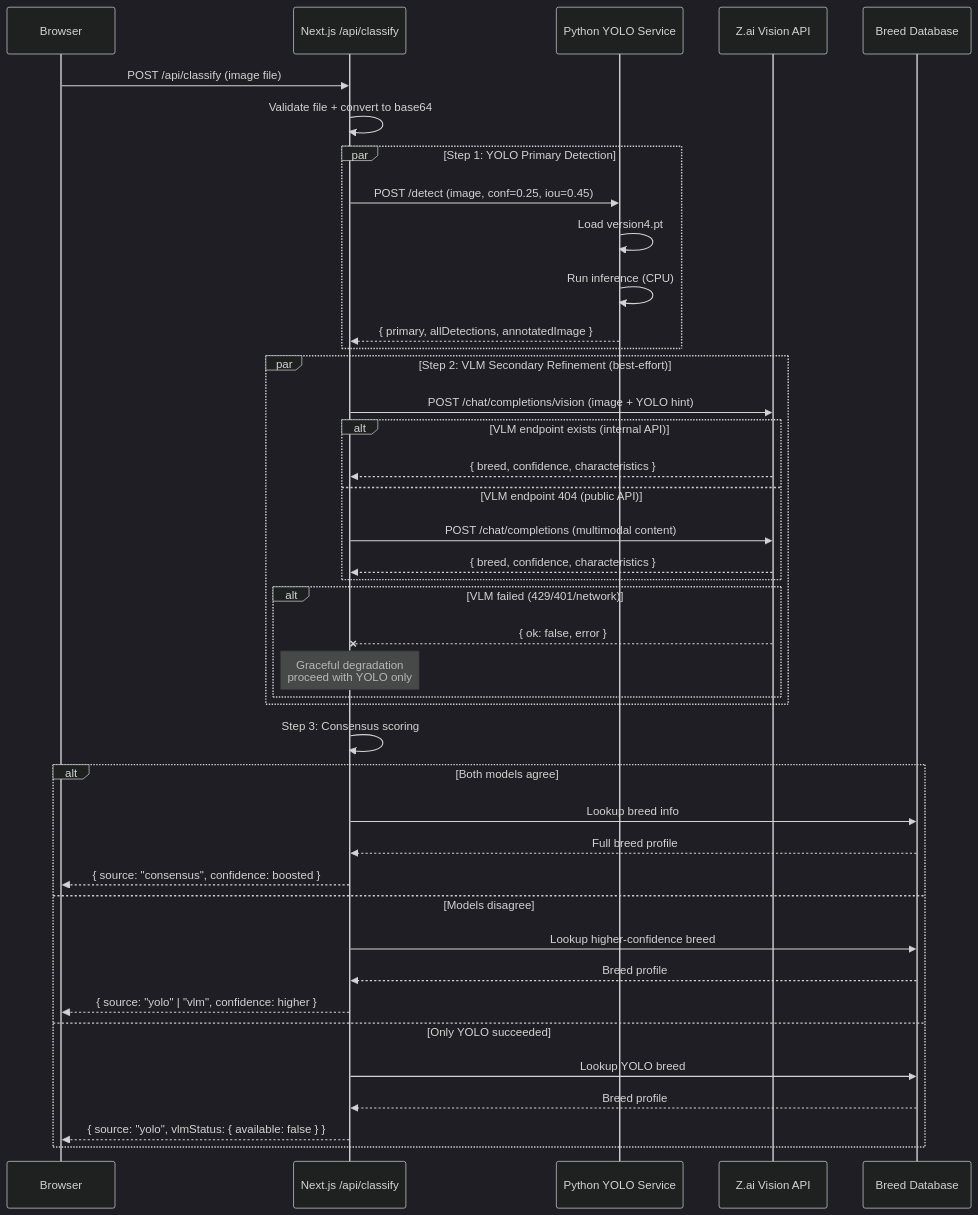
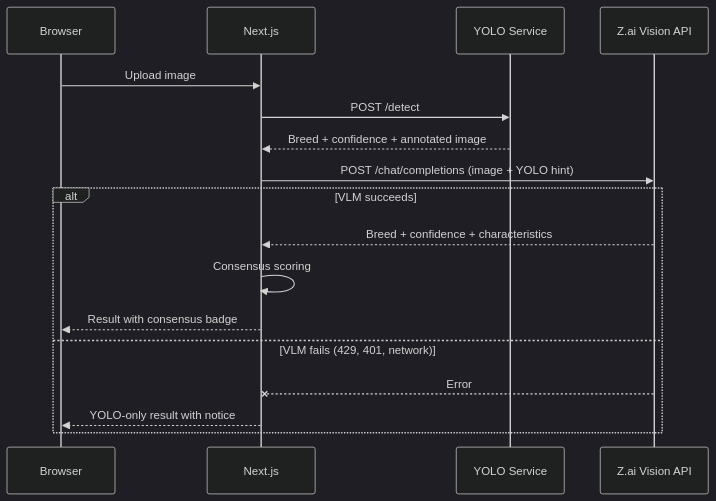
One commit to Git-me-Harish/CEEW changed the second of 5 diagrams in README.md. Above: the diagram before and after it, drawn with Mermaid (dark theme). The commit also changed other lines of this file, not shown here.

````diff
--- a/README.md
+++ b/README.md
@@ -202,47 +204,21 @@
 ```mermaid
 sequenceDiagram
-    participant User as Browser
-    participant Next as Next.js /api/classify
-    participant YOLO as Python YOLO Service
-    participant VLM as Z.ai Vision API
-    participant DB as Breed Database
+    participant U as Browser
+    participant N as Next.js
+    participant Y as YOLO Service
+    participant V as Z.ai Vision API
 
-    User->>Next: POST /api/classify (image file)
-    Next->>Next: Validate file + convert to base64
-    
-    par Step 1: YOLO Primary Detection
-        Next->>YOLO: POST /detect (image, conf=0.25, iou=0.45)
-        YOLO->>YOLO: Load version4.pt
-        YOLO->>YOLO: Run inference (CPU)
-        YOLO-->>Next: { primary, allDetections, annotatedImage }
-    end
-    
-    par Step 2: VLM Secondary Refinement (best-effort)
-        Next->>VLM: POST /chat/completions/vision (image + YOLO hint)
-        alt VLM endpoint exists (internal API)
-            VLM-->>Next: { breed, confidence, characteristics }
-        else VLM endpoint 404 (public API)
-            Next->>VLM: POST /chat/completions (multimodal content)
-            VLM-->>Next: { breed, confidence, characteristics }
-        end
-        alt VLM failed (429/401/network)
-            VLM--xNext: { ok: false, error }
-            Note over Next: Graceful degradation<br/>proceed with YOLO only
-        end
-    end
-    
-    Next->>Next: Step 3: Consensus scoring
-    alt Both models agree
-        Next->>DB: Lookup breed info
-        DB-->>Next: Full breed profile
-        Next-->>User: { source: "consensus", confidence: boosted }
-    else Models disagree
-        Next->>DB: Lookup higher-confidence breed
-        DB-->>Next: Breed profile
-        Next-->>User: { source: "yolo" | "vlm", confidence: higher }
-    else Only YOLO succeeded
-        Next->>DB: Lookup YOLO breed
-        DB-->>Next: Breed profile
-        Next-->>User: { source: "yolo", vlmStatus: { available: false } }
+    U->>N: Upload image
+    N->>Y: POST /detect
+    Y-->>N: Breed + confidence + annotated image
+
+    N->>V: POST /chat/completions (image + YOLO hint)
+    alt VLM succeeds
+        V-->>N: Breed + confidence + characteristics
+        N->>N: Consensus scoring
+        N-->>U: Result with consensus badge
+    else VLM fails (429, 401, network)
+        V--xN: Error
+        N-->>U: YOLO-only result with notice
     end
 ```
````
